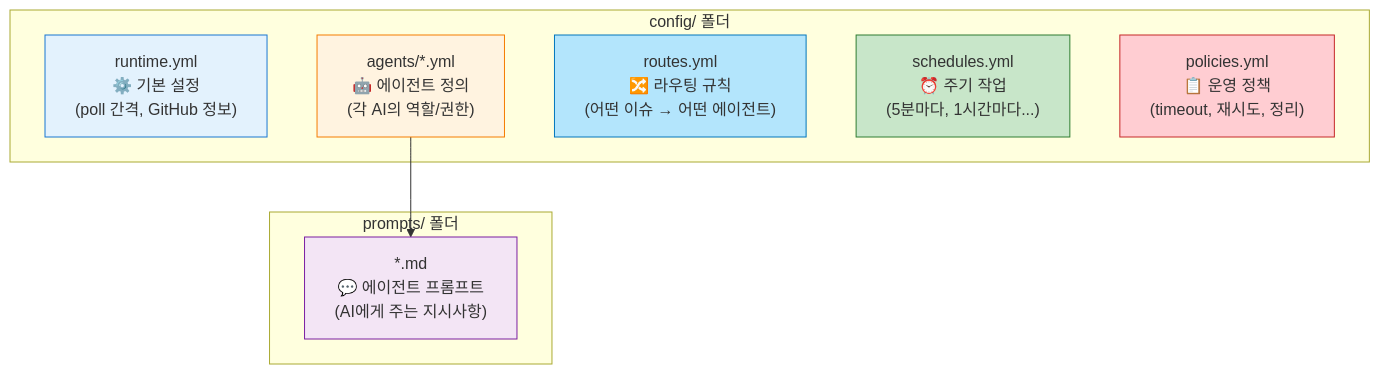
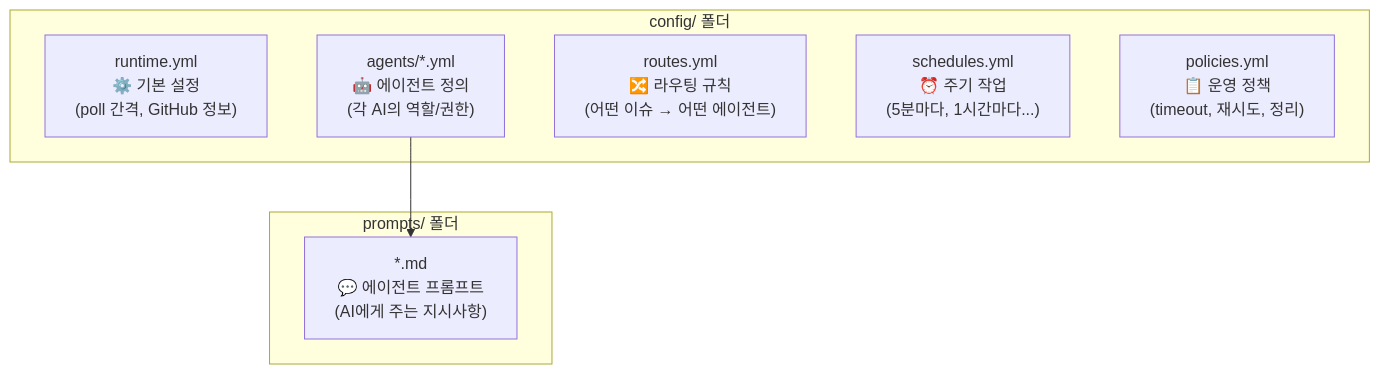
Before and after one commit to tykimos/assiharness: diagram 15 of 17 in README.md, drawn with Mermaid. The commit also changed other lines of this file, not shown here.

First line of the commit message:
fix: remove Mermaid style overrides for light/dark theme compatibility

````diff
--- a/README.md
+++ b/README.md
@@ -704,39 +667,33 @@
 ```mermaid
 graph TD
     subgraph "config/ 폴더"
         RT["runtime.yml
         ⚙️ 기본 설정
         (poll 간격, GitHub 정보)"]
 
         AG["agents/*.yml
         🤖 에이전트 정의
         (각 AI의 역할/권한)"]
 
         RO["routes.yml
         🔀 라우팅 규칙
         (어떤 이슈 → 어떤 에이전트)"]
 
         SC["schedules.yml
         ⏰ 주기 작업
         (5분마다, 1시간마다...)"]
 
         PO["policies.yml
         📋 운영 정책
         (timeout, 재시도, 정리)"]
     end
 
     subgraph "prompts/ 폴더"
         PM["*.md
         💬 에이전트 프롬프트
         (AI에게 주는 지시사항)"]
     end
 
     AG --> PM
 
-    style RT fill:#E3F2FD,stroke:#1976D2
-    style AG fill:#FFF3E0,stroke:#F57C00
-    style RO fill:#B3E5FC,stroke:#0277BD
-    style SC fill:#C8E6C9,stroke:#2E7D32
-    style PO fill:#FFCDD2,stroke:#C62828
-    style PM fill:#F3E5F5,stroke:#7B1FA2
 ```
````
